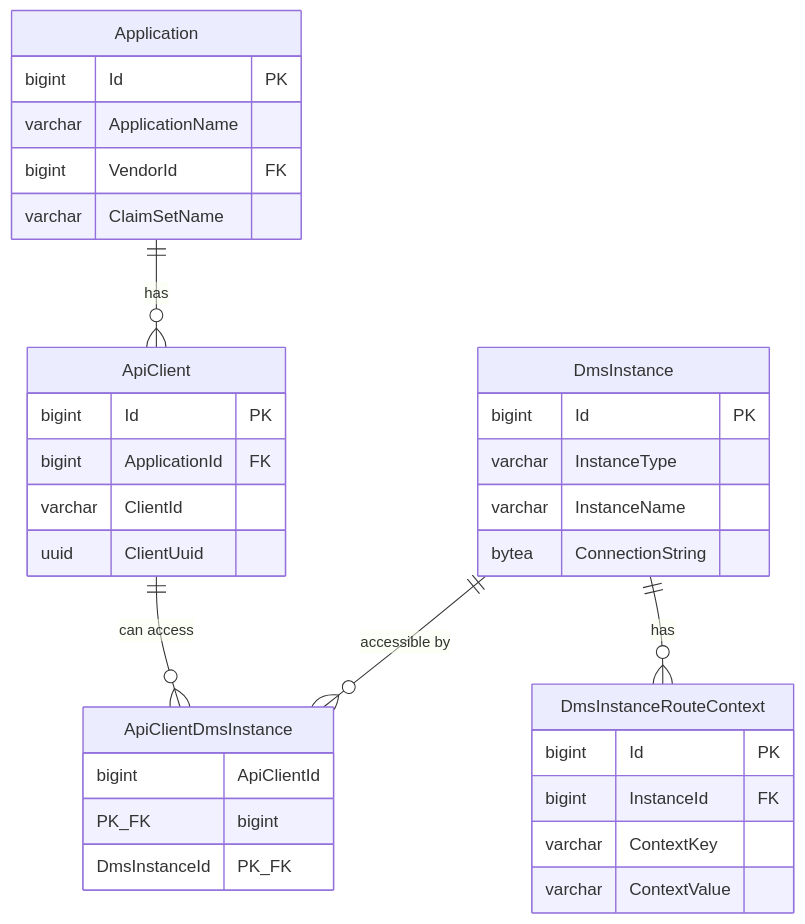
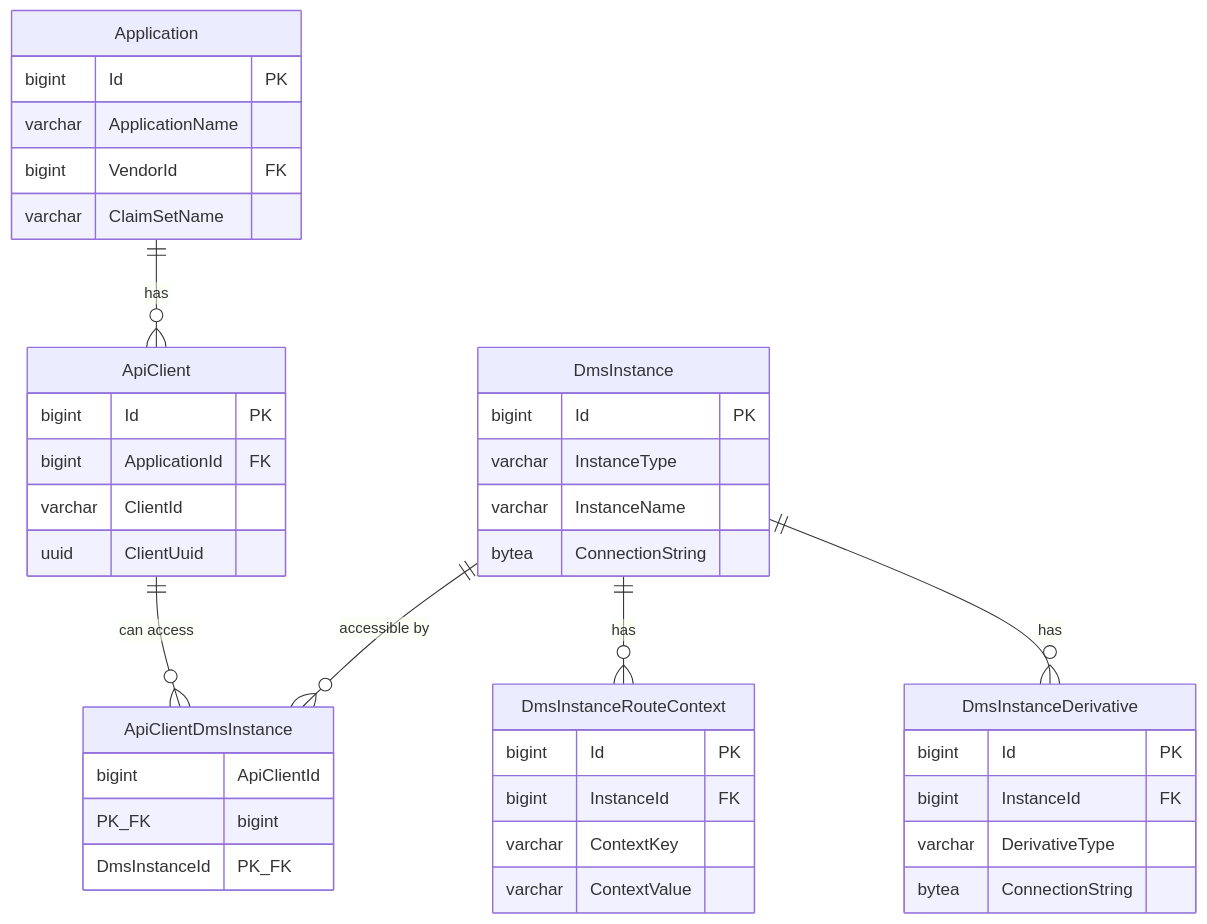
One commit to Ed-Fi-Alliance-OSS/Data-Management-Service changed the diagram in docs/API-CLIENT-AND-INSTANCE-CONFIGURATION.md. Above: the diagram before and after it, drawn with Mermaid. The commit also changed other lines of this file and 19 other files, not shown here.

First line of the commit message:
[DMS-856] Add DmsInstanceDerivatives to DmsInstance Response (#748)

````diff
--- a/docs/API-CLIENT-AND-INSTANCE-CONFIGURATION.md
+++ b/docs/API-CLIENT-AND-INSTANCE-CONFIGURATION.md
@@ -49,40 +49,48 @@
 ```mermaid
 erDiagram
     Application ||--o{ ApiClient : "has"
     ApiClient ||--o{ ApiClientDmsInstance : "can access"
     DmsInstance ||--o{ ApiClientDmsInstance : "accessible by"
     DmsInstance ||--o{ DmsInstanceRouteContext : "has"
+    DmsInstance ||--o{ DmsInstanceDerivative : "has"
 
     Application {
         bigint Id PK
         varchar ApplicationName
         bigint VendorId FK
         varchar ClaimSetName
     }
 
     ApiClient {
         bigint Id PK
         bigint ApplicationId FK
         varchar ClientId
         uuid ClientUuid
     }
 
     ApiClientDmsInstance {
         bigint ApiClientId PK_FK
         bigint DmsInstanceId PK_FK
     }
 
     DmsInstance {
         bigint Id PK
         varchar InstanceType
         varchar InstanceName
         bytea ConnectionString
     }
 
     DmsInstanceRouteContext {
         bigint Id PK
         bigint InstanceId FK
         varchar ContextKey
         varchar ContextValue
     }
+
+    DmsInstanceDerivative {
+        bigint Id PK
+        bigint InstanceId FK
+        varchar DerivativeType
+        bytea ConnectionString
+    }
 ```
````
